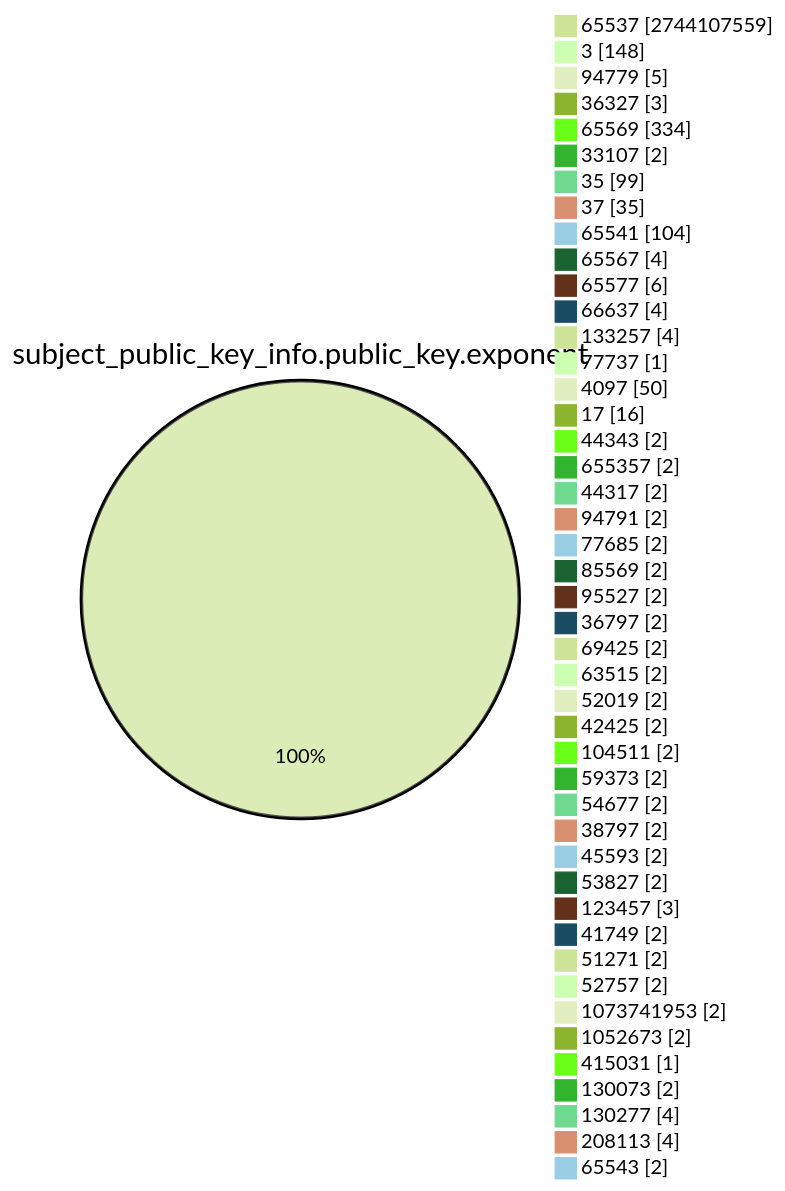
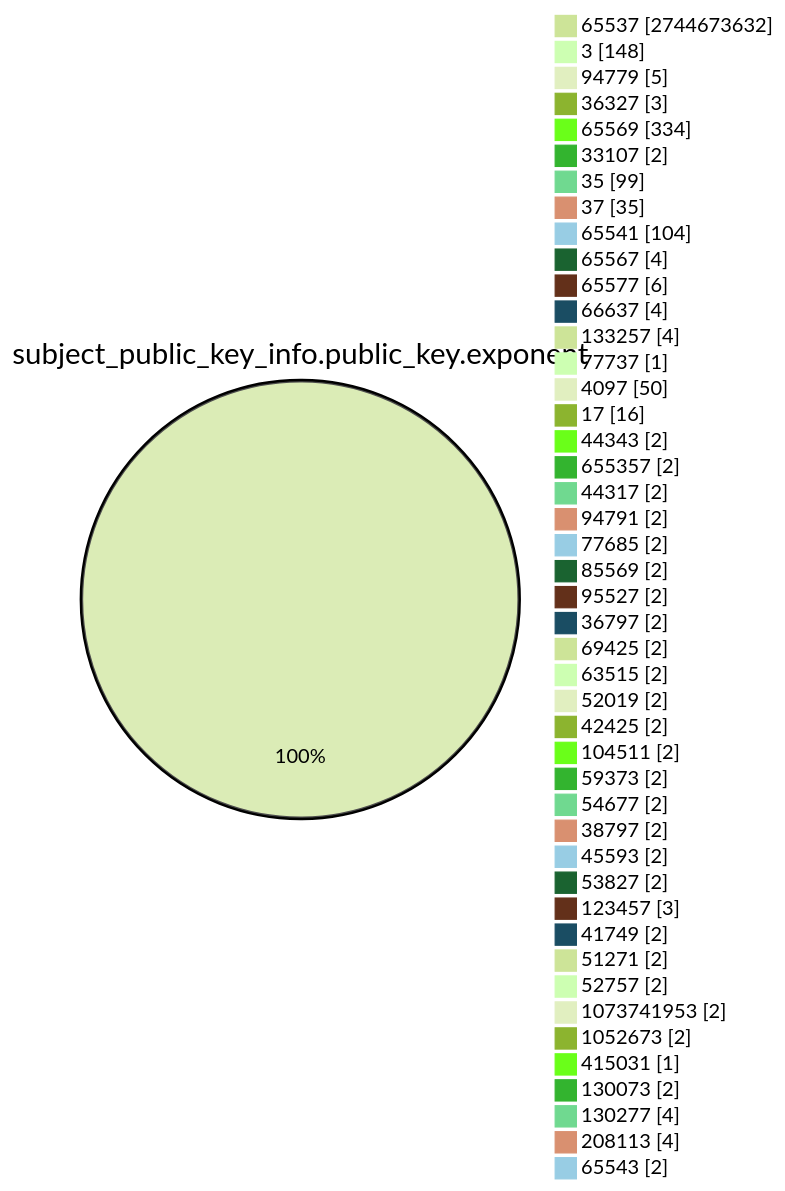
One commit to christiankrug/ctmonitor_visualization changed the fourth of 15 diagrams in TOTAL/README.md. Above: the diagram before and after it, drawn with Mermaid (forest theme). The commit also changed other lines of this file, not shown here.

````diff
--- a/TOTAL/README.md
+++ b/TOTAL/README.md
@@ -1467,49 +1467,49 @@
 ```mermaid
 pie showData
 title subject_public_key_info.public_key.exponent
-"65537" :2744107559
+"65537" :2744673632
 "3" :148
 "94779" :5
 "36327" :3
 "65569" :334
 "33107" :2
 "35" :99
 "37" :35
 "65541" :104
 "65567" :4
 "65577" :6
 "66637" :4
 "133257" :4
 "77737" :1
 "4097" :50
 "17" :16
 "44343" :2
 "655357" :2
 "44317" :2
 "94791" :2
 "77685" :2
 "85569" :2
 "95527" :2
 "36797" :2
 "69425" :2
 "63515" :2
 "52019" :2
 "42425" :2
 "104511" :2
 "59373" :2
 "54677" :2
 "38797" :2
 "45593" :2
 "53827" :2
 "123457" :3
 "41749" :2
 "51271" :2
 "52757" :2
 "1073741953" :2
 "1052673" :2
 "415031" :1
 "130073" :2
 "130277" :4
 "208113" :4
 "65543" :2
 ```
````
